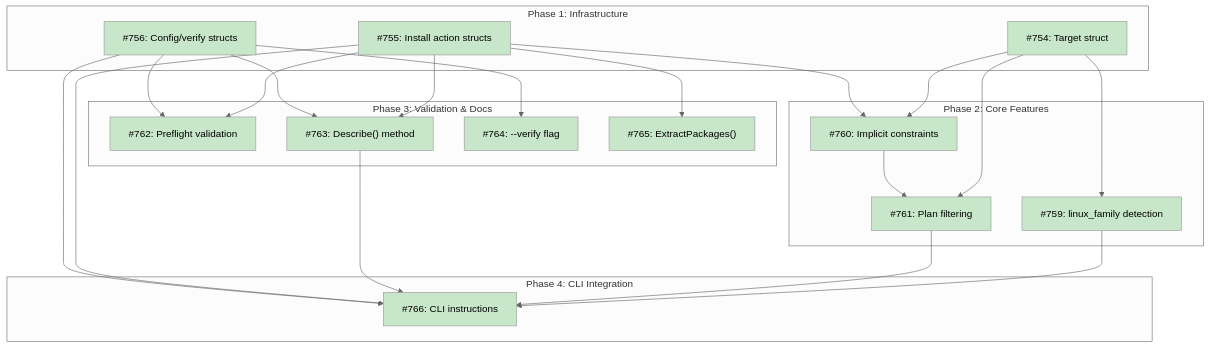
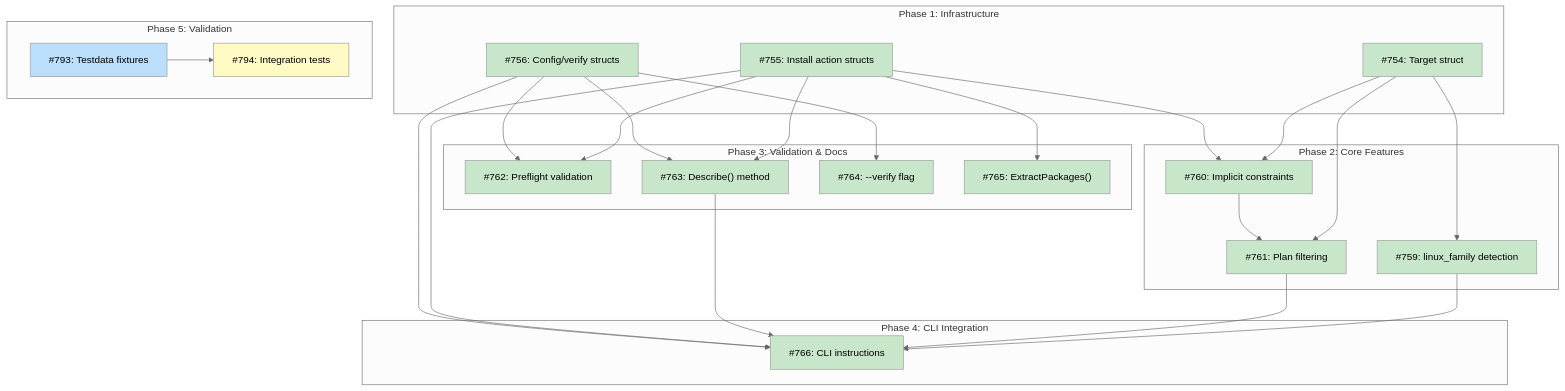
One commit to tsukumogami/tsuku changed the diagram in docs/DESIGN-system-dependency-actions.md. Above: the diagram before and after it, drawn with Mermaid (neutral theme). The commit also changed other lines of this file, not shown here.

Commit message:
docs(design): add validation issues to M30 design doc (#795)
Add Phase 5 (Validation) to M30 design document with two new issues for
end-to-end validation of the system dependency action vocabulary.

````diff
--- a/docs/DESIGN-system-dependency-actions.md
+++ b/docs/DESIGN-system-dependency-actions.md
@@ -27,49 +29,57 @@
 ```mermaid
 graph TD
     subgraph Phase1["Phase 1: Infrastructure"]
         I754["#754: Target struct"]
         I755["#755: Install action structs"]
         I756["#756: Config/verify structs"]
     end
 
     subgraph Phase2["Phase 2: Core Features"]
         I759["#759: linux_family detection"]
         I760["#760: Implicit constraints"]
         I761["#761: Plan filtering"]
     end
 
     subgraph Phase3["Phase 3: Validation & Docs"]
         I762["#762: Preflight validation"]
         I763["#763: Describe() method"]
         I764["#764: --verify flag"]
         I765["#765: ExtractPackages()"]
     end
 
     subgraph Phase4["Phase 4: CLI Integration"]
         I766["#766: CLI instructions"]
     end
 
+    subgraph Phase5["Phase 5: Validation"]
+        I793["#793: Testdata fixtures"]
+        I794["#794: Integration tests"]
+    end
+
     I754 --> I759
     I754 --> I760
     I755 --> I760
     I754 --> I761
     I760 --> I761
     I755 --> I762
     I756 --> I762
     I755 --> I763
     I756 --> I763
     I756 --> I764
     I755 --> I765
     I759 --> I766
     I761 --> I766
     I763 --> I766
     I755 --> I766
     I756 --> I766
+    I793 --> I794
 
     classDef done fill:#c8e6c9
     classDef ready fill:#bbdefb
     classDef blocked fill:#fff9c4
     classDef needsDesign fill:#e1bee7
 
     class I754,I755,I756,I759,I760,I761,I762,I763,I764,I765,I766 done
+    class I793 ready
+    class I794 blocked
 ```
````
